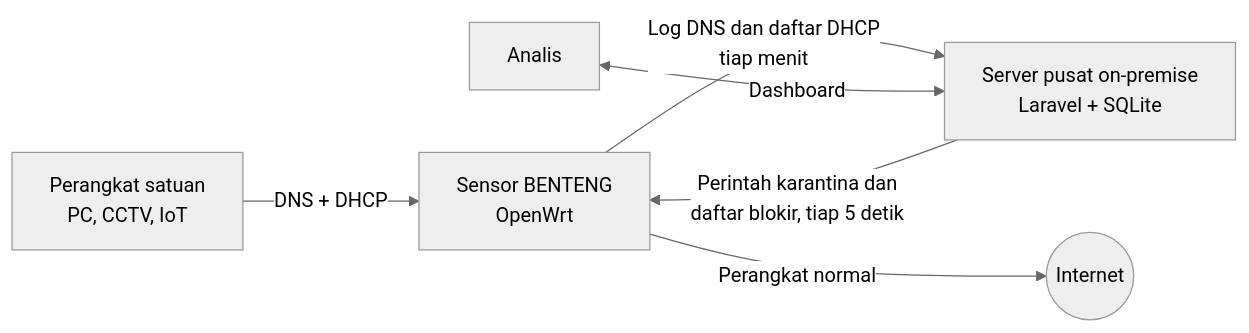
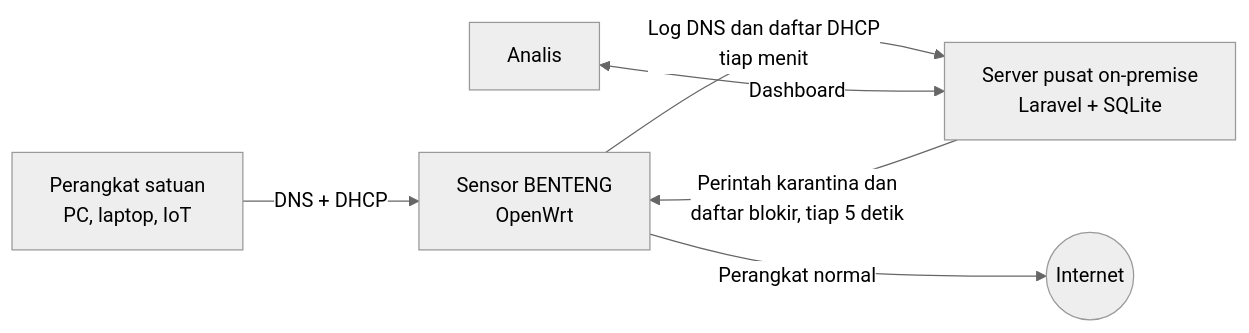
One commit to hadiid-studentcode/benteng changed the diagram in README.md. Above: the diagram before and after it, drawn with Mermaid (neutral theme). The commit also changed other lines of this file and 12 other files, not shown here.

````diff
--- a/README.md
+++ b/README.md
@@ -29,8 +27,8 @@
 ```mermaid
 flowchart LR
-    P["Perangkat satuan<br/>PC, CCTV, IoT"] -->|"DNS + DHCP"| S["Sensor BENTENG<br/>OpenWrt"]
+    P["Perangkat satuan<br/>PC, laptop, IoT"] -->|"DNS + DHCP"| S["Sensor BENTENG<br/>OpenWrt"]
     S -->|"Log DNS dan daftar DHCP<br/>tiap menit"| L["Server pusat on-premise<br/>Laravel + SQLite"]
     L -->|"Perintah karantina dan<br/>daftar blokir, tiap 5 detik"| S
     A["Analis"] <-->|"Dashboard"| L
     S -->|"Perangkat normal"| I(("Internet"))
 ```
````
